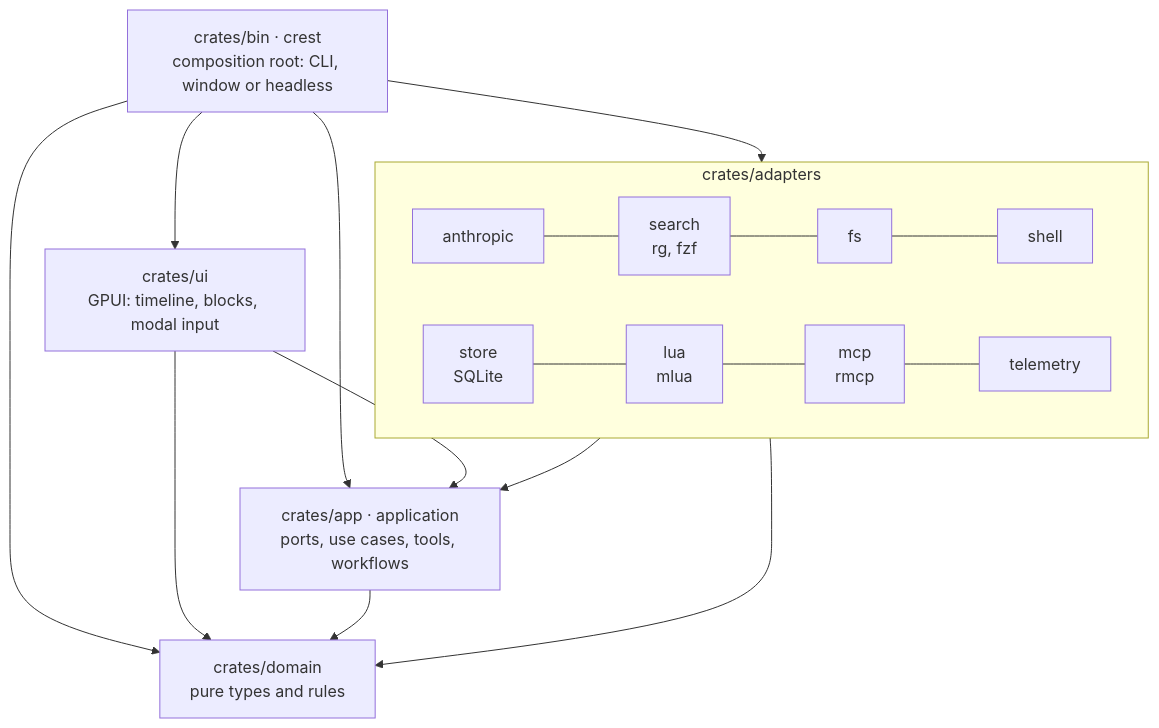
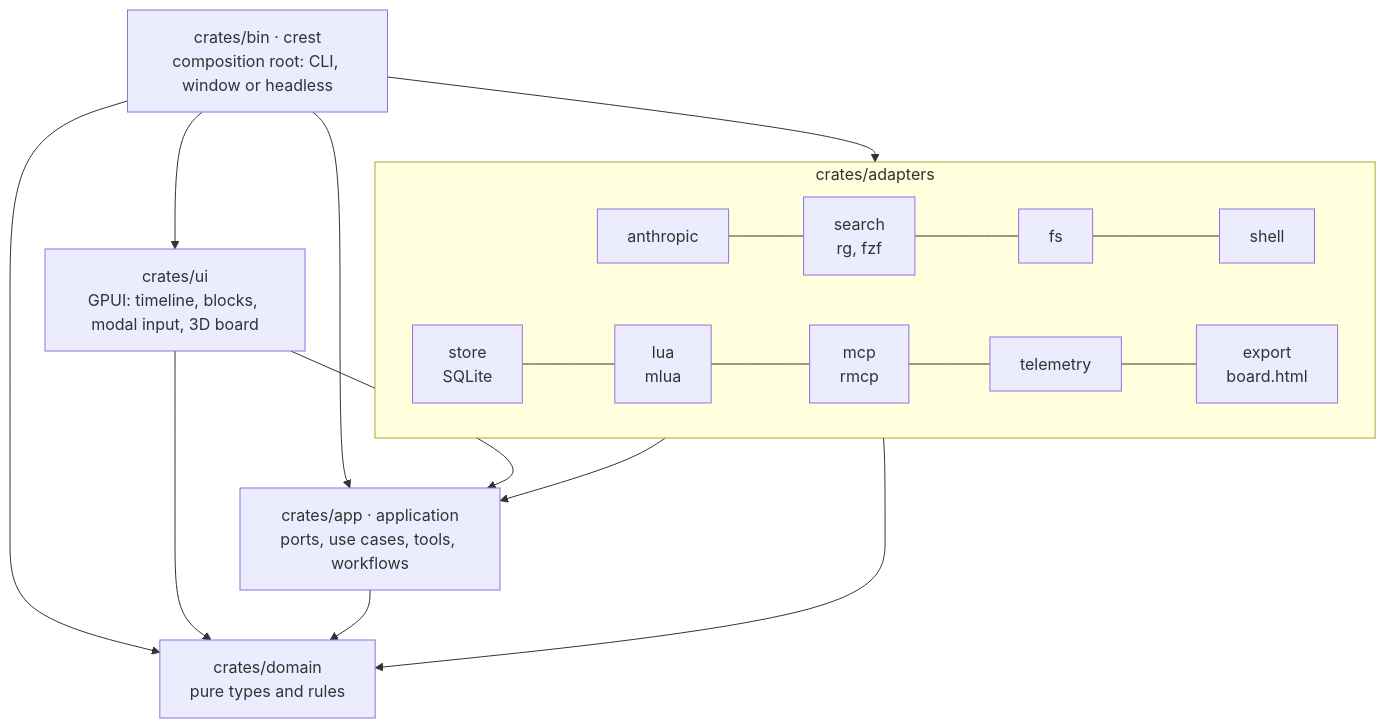
Before and after one commit to lazaroMB/crest: the diagram in README.md, drawn with Mermaid. The commit also changed other lines of this file and 5 other files, not shown here.

````diff
--- a/README.md
+++ b/README.md
@@ -120,16 +122,16 @@
 ```mermaid
 flowchart TB
     bin["crates/bin · crest<br/>composition root: CLI, window or headless"]
-    ui["crates/ui<br/>GPUI: timeline, blocks, modal input"]
+    ui["crates/ui<br/>GPUI: timeline, blocks, modal input, 3D board"]
     subgraph adapters["crates/adapters"]
         direction LR
         anthropic["anthropic"] --- search["search<br/>rg, fzf"] --- fs["fs"] --- shell["shell"]
-        store["store<br/>SQLite"] --- lua["lua<br/>mlua"] --- mcp["mcp<br/>rmcp"] --- telemetry["telemetry"]
+        store["store<br/>SQLite"] --- lua["lua<br/>mlua"] --- mcp["mcp<br/>rmcp"] --- telemetry["telemetry"] --- export["export<br/>board.html"]
     end
     app["crates/app · application<br/>ports, use cases, tools, workflows"]
     domain["crates/domain<br/>pure types and rules"]
     bin --> ui & adapters & app & domain
     ui --> app & domain
     adapters --> app & domain
     app --> domain
 ```
````
